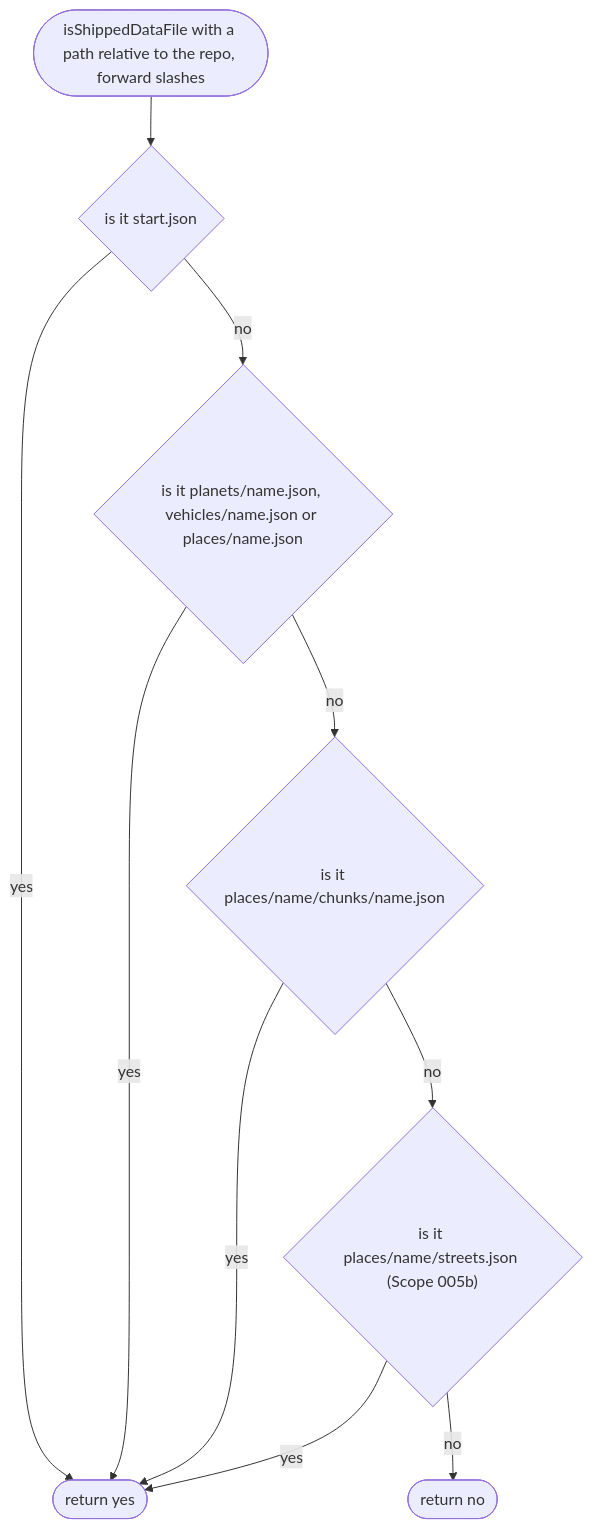
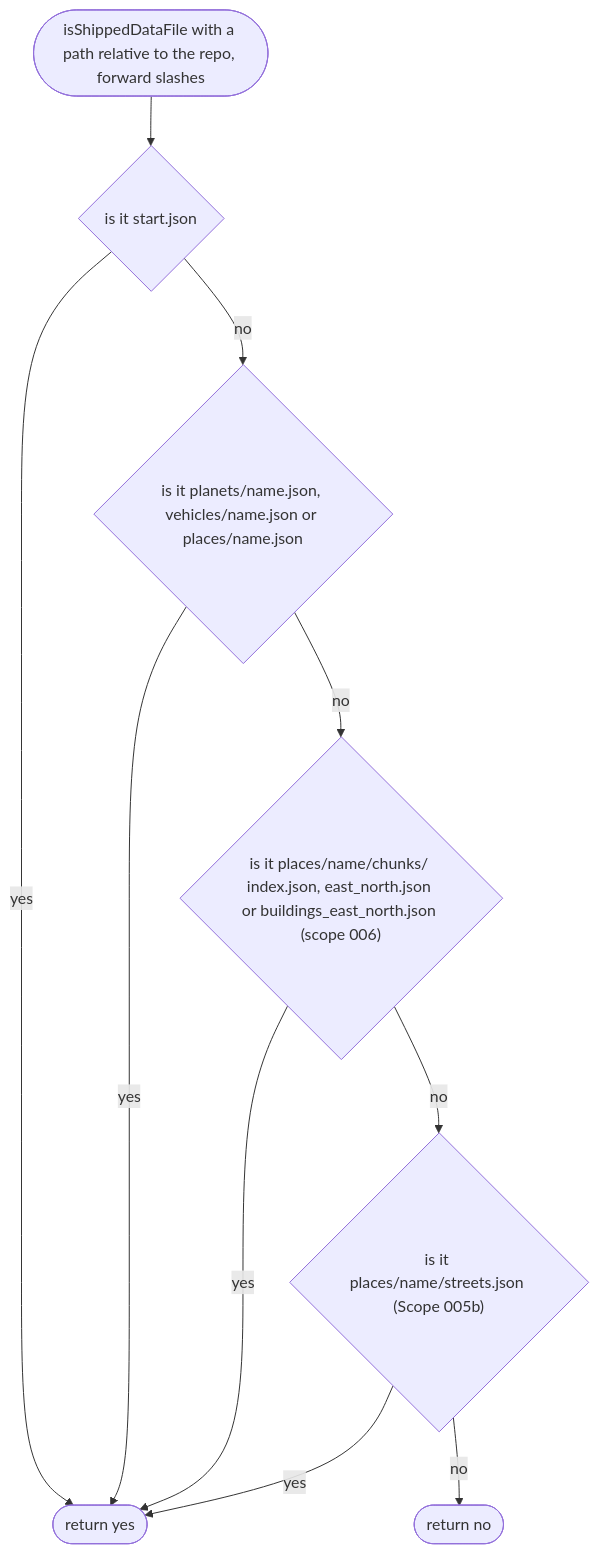
Before and after one commit to NewDara-Star/world-engine: the diagram in docs/designs/tools/site/data-files.md, drawn with Mermaid. The commit also changed other lines of this file and 306 other files, not shown here.

First line of the commit message:
Scope 006: buildings from OpenStreetMap

````diff
--- a/docs/designs/tools/site/data-files.md
+++ b/docs/designs/tools/site/data-files.md
@@ -27,19 +27,19 @@
 ```mermaid
 flowchart TD
   s(["isShippedDataFile with a path relative to the repo, forward slashes"])
   a{"is it start.json"}
   y(["return yes"])
   b{"is it planets/name.json, vehicles/name.json or places/name.json"}
-  c{"is it places/name/chunks/name.json"}
+  c{"is it places/name/chunks/ index.json, east_north.json or buildings_east_north.json (scope 006)"}
   d{"is it places/name/streets.json (Scope 005b)"}
   n(["return no"])
   s --> a
   a -->|"yes"| y
   a -->|"no"| b
   b -->|"yes"| y
   b -->|"no"| c
   c -->|"yes"| y
   c -->|"no"| d
   d -->|"yes"| y
   d -->|"no"| n
 ```
````
